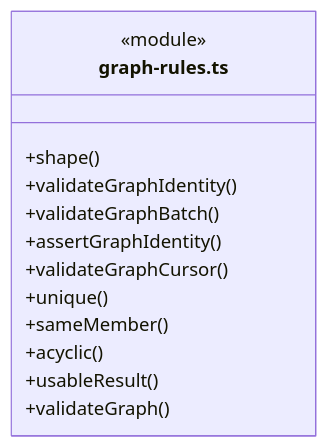
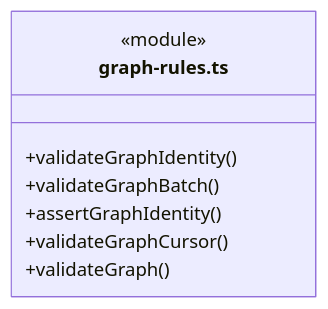
Before and after one commit to nan023062/cbim: diagram 14 of 34 in src/backend/core/tasks/ARCHITECTURE.md, drawn with Mermaid. The commit also changed other lines of this file and 240 other files, not shown here.

````diff
--- a/src/backend/core/tasks/ARCHITECTURE.md
+++ b/src/backend/core/tasks/ARCHITECTURE.md
@@ -173,16 +345,11 @@
 ```mermaid
 classDiagram
 class N_src_backend_core_tasks_graph_rules_ts["graph-rules.ts"] {
   <<module>>
-  +shape()
   +validateGraphIdentity()
   +validateGraphBatch()
   +assertGraphIdentity()
   +validateGraphCursor()
-  +unique()
-  +sameMember()
-  +acyclic()
-  +usableResult()
   +validateGraph()
 }
 ```
````
